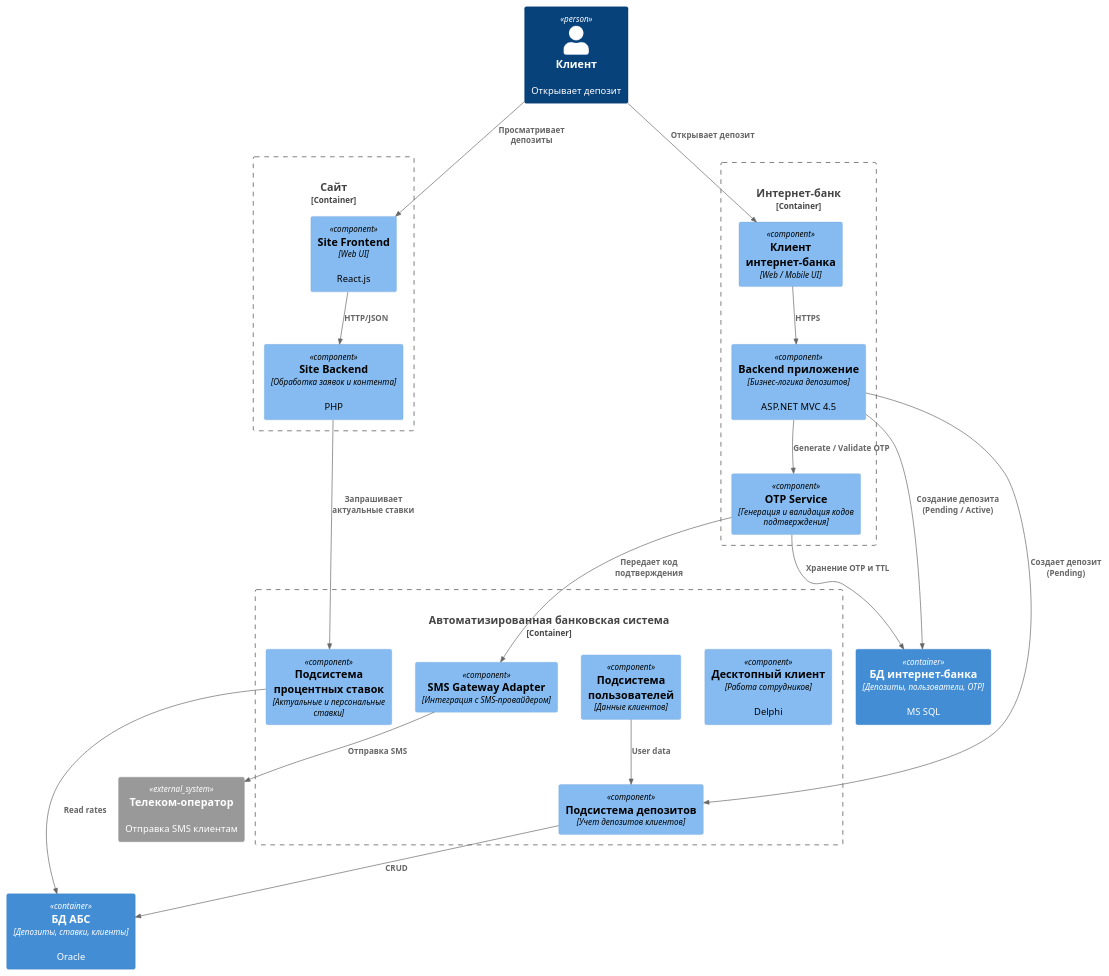
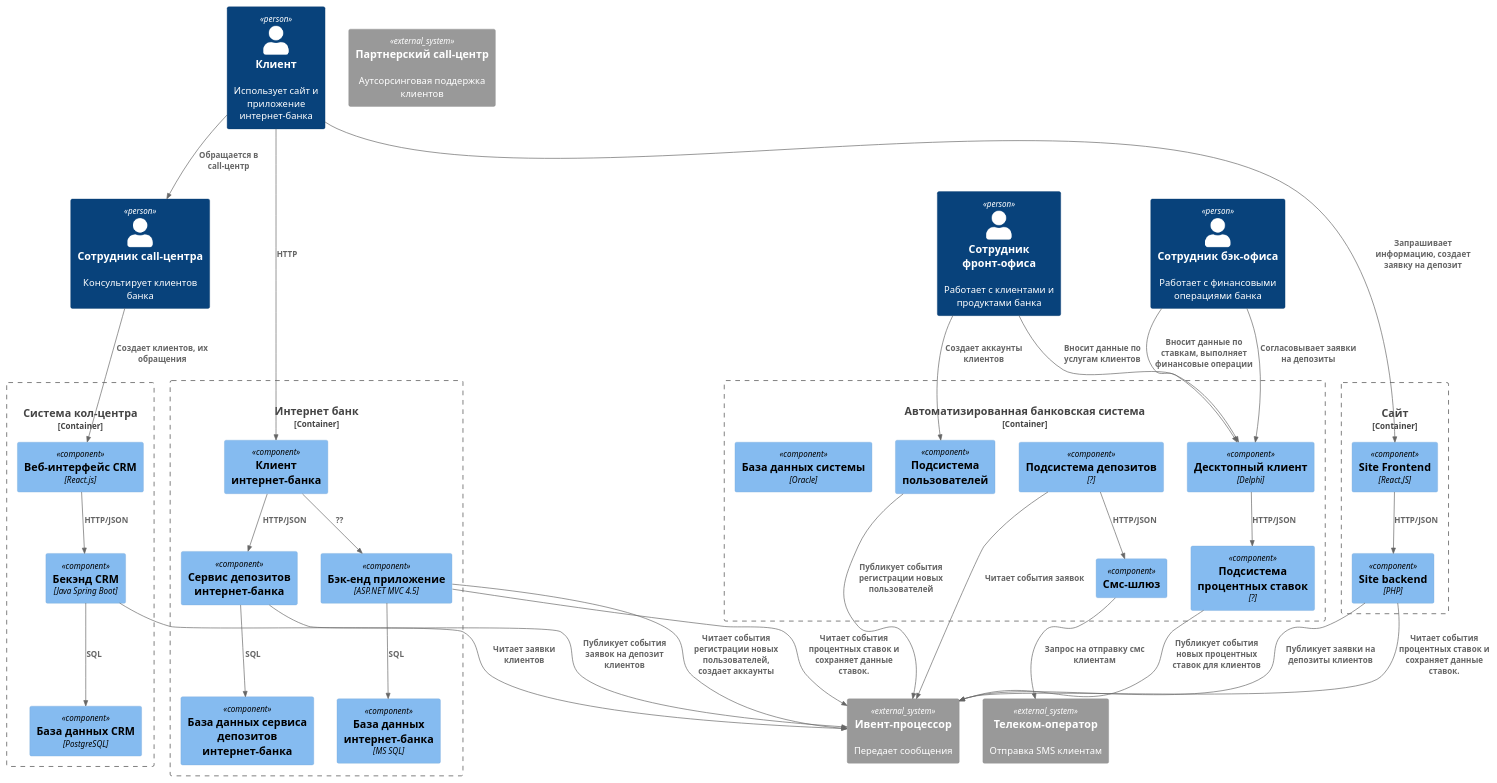
Before and after one commit to mayflowwer/architecture-standart: the diagram in Task3/c4_component_mvp.puml, drawn with PlantUML. The commit also changed 9 other files, not shown here.

```diff
--- a/Task3/c4_component_mvp.puml
+++ b/Task3/c4_component_mvp.puml
@@ -1,55 +1,80 @@
 @startuml
 !include <C4/C4_Context.puml>
 !include <C4/C4_Container.puml>
 !include <C4/C4_Component.puml>
 
-Person(client, "Клиент", "Открывает депозит")
+Person(client, "Клиент", "Использует сайт и приложение интернет-банка")
+Person(front_office_specialist, "Сотрудник фронт-офиса", "Работает с клиентами и продуктами банка")
+Person(back_office_specialist, "Сотрудник бэк-офиса", "Работает с финансовыми операциями банка")
+Person(call_center_specialist, "Сотрудник call-центра", "Консультирует клиентов банка")
 
-Container_Boundary(site, "Сайт") {
-    Component(site_frontend, "Site Frontend", "Web UI", "React.js")
-    Component(site_backend, "Site Backend", "Обработка заявок и контента", "PHP")
-
-    Rel(site_frontend, site_backend, "HTTP/JSON")
+Container_Boundary(site, "Сайт"){
+    Component(site_frontend, "Site Frontend", "React.JS")
+    Component(site_backend, "Site backend", "PHP")    
 }
 
-Container_Boundary(internet_bank, "Интернет-банк") {
-    Component(internet_bank_client, "Клиент интернет-банка", "Web / Mobile UI")
-    Component(internet_bank_backend, "Backend приложение","Бизнес-логика депозитов", "ASP.NET MVC 4.5")
-    Component(otp_service, "OTP Service", "Генерация и валидация кодов подтверждения")
-
-    Rel(internet_bank_client, internet_bank_backend, "HTTPS")
-    Rel(internet_bank_backend, otp_service, "Generate / Validate OTP")
+Container_Boundary(internet_bank, "Интернет банк"){
+    Component(internet_bank_client, "Клиент интернет-банка")
+    Component(depositsService, "Сервис депозитов интернет-банка")
+    Component(depositsServiceDb, "База данных сервиса депозитов интернет-банка")
+    Component(internet_bank_backend, "Бэк-енд приложение", "ASP.NET MVC 4.5")
+    Component(interner_bank_db, "База данных интернет-банка", "MS SQL")
 }
 
-Container(internet_bank_db, "БД интернет-банка","Депозиты, пользователи, OTP", "MS SQL")
-
-Rel(internet_bank_backend, internet_bank_db, "Создание депозита (Pending / Active)")
-Rel(otp_service, internet_bank_db, "Хранение OTP и TTL")
-
-Container_Boundary(abs, "Автоматизированная банковская система") {
-    Component(abs_client, "Десктопный клиент","Работа сотрудников","Delphi")
-    Component(abs_deposits_api, "Подсистема депозитов", "Учет депозитов клиентов")
-    Component(abs_rates_api, "Подсистема процентных ставок","Актуальные и персональные ставки")
-    Component(abs_users_api, "Подсистема пользователей", "Данные клиентов")
-    Component(sms_adapter, "SMS Gateway Adapter", "Интеграция с SMS-провайдером")
-
-    Rel(abs_users_api, abs_deposits_api, "User data")
+Container_Boundary(abs, "Автоматизированная банковская система", ""){
+    Component(abs_client, "Десктопный клиент", "Delphi")
+    Component(abs_deposits_api, "Подсистема депозитов", "?")
+    Component(abs_rates_api, "Подсистема процентных ставок", "?")
+    Component(abs_users_api, "Подсистема пользователей")
+    Component(abs_db, "База данных системы", "Oracle")
+    Component(telecom_gate, "Смс-шлюз", )
 }
 
-Container(abs_db, "БД АБС","Депозиты, ставки, клиенты", "Oracle")
+Container_Boundary(call_center, "Система кол-центра"){
+    Component(crm_web_client, "Веб-интерфейс CRM", "React.js")
+    Component(crm_backend, "Бекэнд CRM", "Java Spring Boot")
+    Component(crm_db, "База данных CRM", "PostgreSQL")
+}
 
-Rel(abs_deposits_api, abs_db, "CRUD")
-Rel(abs_rates_api, abs_db, "Read rates")
+System_Ext(partner_call_center, "Партнерский call-центр", "Аутсорсинговая поддержка клиентов")
+System_Ext(telecom_operator, "Телеком-оператор", "Отправка SMS клиентам")
+System_Ext(event_processor, "Ивент-процессор", "Передает сообщения")
 
-System_Ext(telecom_operator, "Телеком-оператор", "Отправка SMS клиентам")
 
-Rel(client, site_frontend, "Просматривает депозиты")
-Rel(site_backend, abs_rates_api, "Запрашивает актуальные ставки")
+Rel(client, internet_bank_client, "HTTP")
+Rel(internet_bank_client, internet_bank_backend, "??")
+Rel(internet_bank_backend, interner_bank_db, "SQL")
 
-Rel(client, internet_bank_client, "Открывает депозит")
-Rel(internet_bank_backend, abs_deposits_api, "Создает депозит (Pending)")
+Rel(client, call_center_specialist, "Обращается в call-центр")
+Rel(call_center_specialist, crm_web_client, "Создает клиентов, их обращения")
+Rel(crm_web_client, crm_backend, "HTTP/JSON")
+Rel(crm_backend, crm_db, "SQL")
 
-Rel(otp_service, sms_adapter, "Передает код подтверждения")
-Rel(sms_adapter, telecom_operator, "Отправка SMS")
+Rel(front_office_specialist, abs_client, "Вносит данные по услугам клиентов")
+Rel(back_office_specialist, abs_client, "Вносит данные по ставкам, выполняет финансовые операции")
+Rel(abs_client, abs_rates_api, "HTTP/JSON")
+
+Rel(abs_rates_api, event_processor, "Публикует события новых процентных ставок для клиентов")
+Rel(site_backend, event_processor, "Читает события процентных ставок и сохраняет данные ставок.")
+Rel(internet_bank_backend, event_processor, "Читает события процентных ставок и сохраняет данные ставок.")
+
+Rel(client, site_frontend, "Запрашивает информацию, создает заявку на депозит")
+Rel(site_frontend, site_backend, "HTTP/JSON")
+Rel(site_backend, event_processor, "Публикует заявки на депозиты клиентов")
+Rel(crm_backend, event_processor, "Читает заявки клиентов")
+
+Rel(front_office_specialist, abs_users_api, "Создает аккаунты клиентов")
+Rel(abs_users_api, event_processor, "Публикует события регистрации новых пользователей")
+Rel(internet_bank_backend, event_processor, "Читает события регистрации новых пользователей, создает аккаунты")
+
+Rel(depositsService, event_processor, "Публикует события заявок на депозит клиентов")
+Rel(abs_deposits_api, event_processor, "Читает события заявок")
+Rel(abs_deposits_api, telecom_gate, "HTTP/JSON")
+Rel(telecom_gate, telecom_operator, "Запрос на отправку смс клиентам")
+Rel(back_office_specialist, abs_client, "Согласовывает заявки на депозиты")
+
+Rel(internet_bank_client, depositsService, " HTTP/JSON")
+Rel(depositsService, depositsServiceDb, "SQL")
+
 
 @enduml
```
